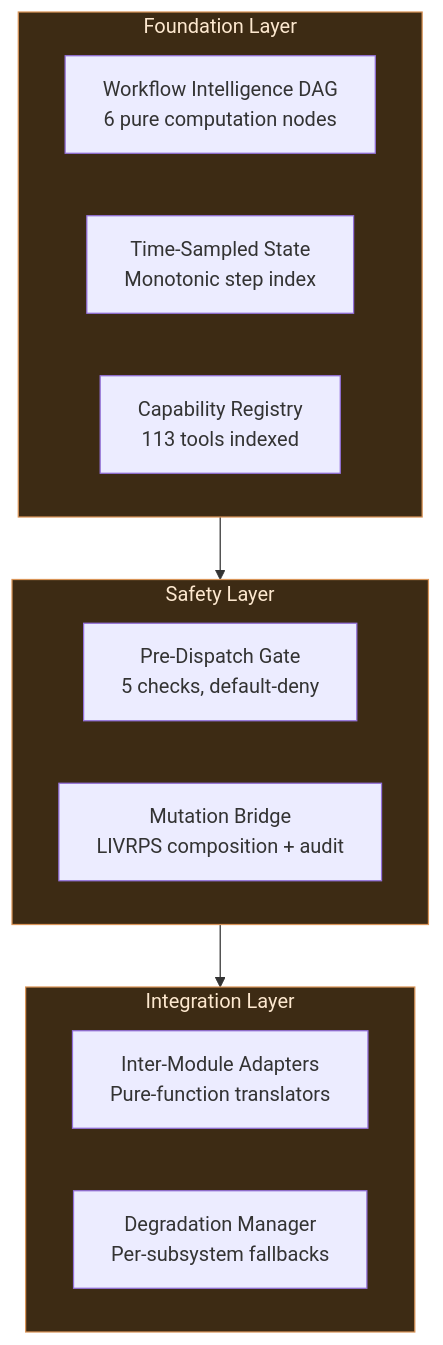
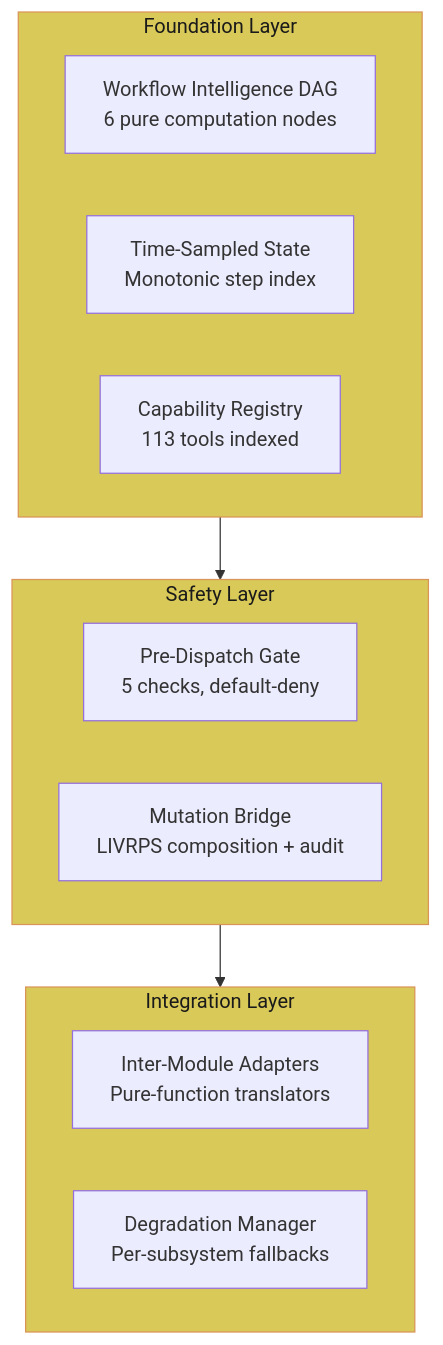
One commit to JosephOIbrahim/Comfy-Cozy changed diagram 15 of 25 in README.md. Above: the diagram before and after it, drawn with Mermaid. The commit also changed other lines of this file, not shown here.

First line of the commit message:
[DOCS] Mermaid palette: two-tone muted orange/yellow with black text

````diff
--- a/README.md
+++ b/README.md
@@ -755,24 +755,24 @@
 ```mermaid
 graph TB
     subgraph Foundation ["Foundation Layer"]
         DAG["Workflow Intelligence DAG<br/>6 pure computation nodes"]
         OBS["Time-Sampled State<br/>Monotonic step index"]
         CAP["Capability Registry<br/>113 tools indexed"]
     end
 
     subgraph Safety ["Safety Layer"]
         GATE["Pre-Dispatch Gate<br/>5 checks, default-deny"]
         BRIDGE["Mutation Bridge<br/>LIVRPS composition + audit"]
     end
 
     subgraph Integration ["Integration Layer"]
         ADAPT["Inter-Module Adapters<br/>Pure-function translators"]
         DEGRADE["Degradation Manager<br/>Per-subsystem fallbacks"]
     end
 
     Foundation --> Safety --> Integration
 
-    style Foundation fill:#3d2b14,color:#fde8cf,stroke:#d99458
-    style Safety fill:#3d2b14,color:#fde8cf,stroke:#d99458
-    style Integration fill:#3d2b14,color:#fde8cf,stroke:#d99458
+    style Foundation fill:#d9c958,color:#1a1a1a,stroke:#d99458
+    style Safety fill:#d9c958,color:#1a1a1a,stroke:#d99458
+    style Integration fill:#d9c958,color:#1a1a1a,stroke:#d99458
 ```
````
